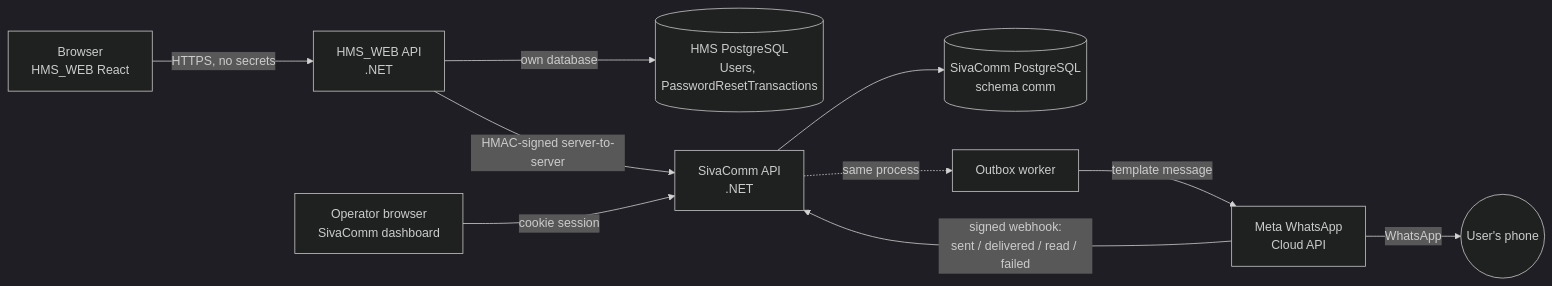
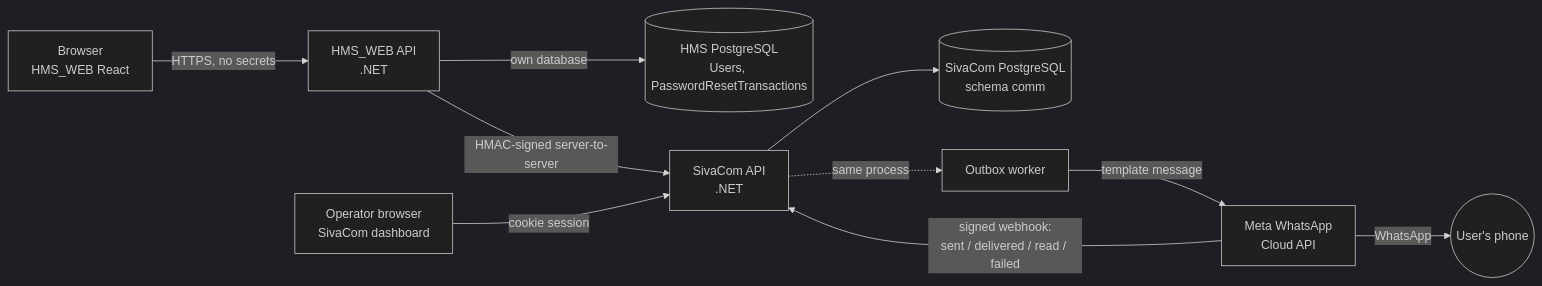
Before and after one commit to yugandharsimhadri/SivaComm: the first of 4 diagrams in docs/GUIDE.md, drawn with Mermaid (dark theme). The commit also changed other lines of this file and 127 other files, not shown here.

First line of the commit message:
Rename SivaComm to SivaCom everywhere except the database user

````diff
--- a/docs/GUIDE.md
+++ b/docs/GUIDE.md
@@ -62,12 +62,12 @@
 ```mermaid
 flowchart LR
     B[Browser<br/>HMS_WEB React] -->|HTTPS, no secrets| H[HMS_WEB API<br/>.NET]
     H -->|own database| HD[(HMS PostgreSQL<br/>Users, PasswordResetTransactions)]
-    H -->|HMAC-signed server-to-server| S[SivaComm API<br/>.NET]
-    S --> SD[(SivaComm PostgreSQL<br/>schema comm)]
+    H -->|HMAC-signed server-to-server| S[SivaCom API<br/>.NET]
+    S --> SD[(SivaCom PostgreSQL<br/>schema comm)]
     S -.same process.-> W[Outbox worker]
     W -->|template message| M[Meta WhatsApp<br/>Cloud API]
     M -->|signed webhook:<br/>sent / delivered / read / failed| S
-    A[Operator browser<br/>SivaComm dashboard] -->|cookie session| S
+    A[Operator browser<br/>SivaCom dashboard] -->|cookie session| S
     M -->|WhatsApp| P((User's phone))
 ```
````
